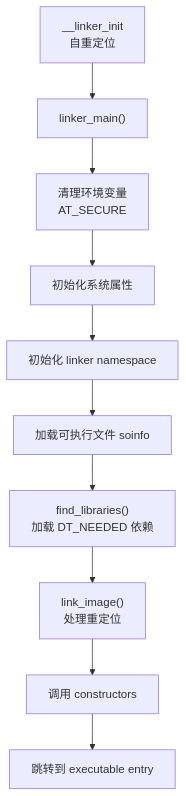
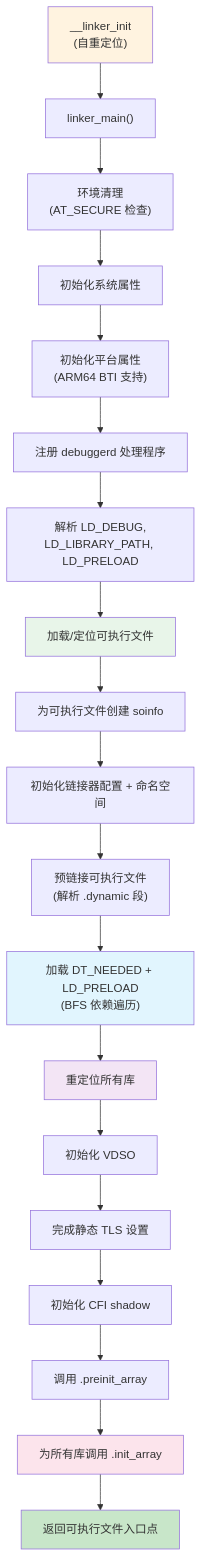
Before and after one commit to fwrite0920/aosp-internal-book: the sixth of 13 diagrams in 07-bionic-and-linker-zh.md, drawn with Mermaid. The commit also changed other lines of this file and 63 other files, not shown here.

````diff
--- a/07-bionic-and-linker-zh.md
+++ b/07-bionic-and-linker-zh.md
@@ -395,12 +899,28 @@
 ```mermaid
 graph TD
-    A["__linker_init<br/>自重定位"] --> B["linker_main()"]
-    B --> C["清理环境变量<br/>AT_SECURE"]
+    A["__linker_init<br/>(自重定位)"] --> B["linker_main()"]
+    B --> C["环境清理<br/>(AT_SECURE 检查)"]
     C --> D["初始化系统属性"]
-    D --> E["初始化 linker namespace"]
-    E --> F["加载可执行文件 soinfo"]
-    F --> G["find_libraries()<br/>加载 DT_NEEDED 依赖"]
-    G --> H["link_image()<br/>处理重定位"]
-    H --> I["调用 constructors"]
-    I --> J["跳转到 executable entry"]
+    D --> E["初始化平台属性<br/>(ARM64 BTI 支持)"]
+    E --> F["注册 debuggerd 处理程序"]
+    F --> G["解析 LD_DEBUG,<br/>LD_LIBRARY_PATH, LD_PRELOAD"]
+    G --> H["加载/定位可执行文件"]
+    H --> I["为可执行文件创建 soinfo"]
+    I --> J["初始化链接器配置 + 命名空间"]
+    J --> K["预链接可执行文件<br/>(解析 .dynamic 段)"]
+    K --> L["加载 DT_NEEDED + LD_PRELOAD<br/>(BFS 依赖遍历)"]
+    L --> M["重定位所有库"]
+    M --> N["初始化 VDSO"]
+    N --> O["完成静态 TLS 设置"]
+    O --> P["初始化 CFI shadow"]
+    P --> Q["调用 .preinit_array"]
+    Q --> R["为所有库调用 .init_array"]
+    R --> S["返回可执行文件入口点"]
+
+    style A fill:#fff3e0
+    style H fill:#e8f5e9
+    style L fill:#e1f5fe
+    style M fill:#f3e5f5
+    style R fill:#fce4ec
+    style S fill:#c8e6c9
 ```
````
